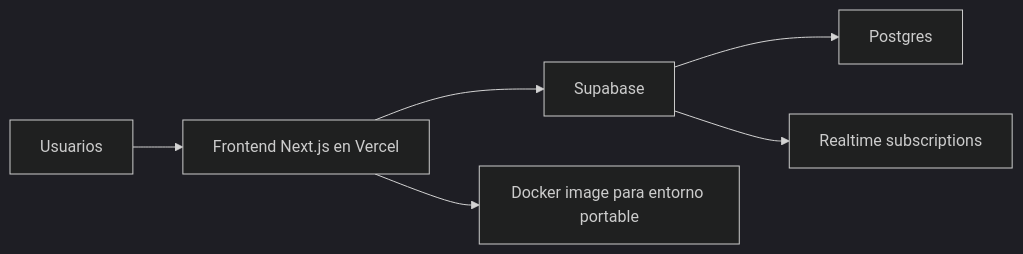
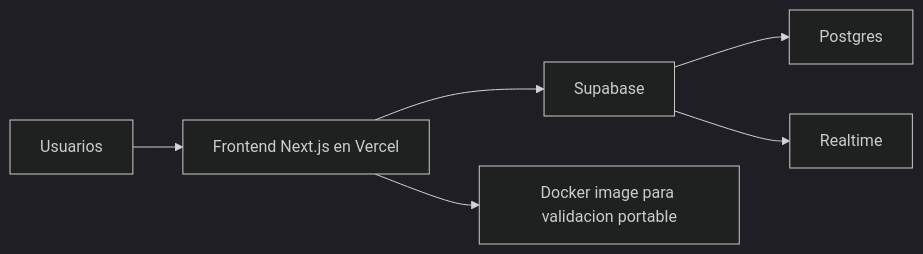
One commit to AlfreMu/appvotarjuegos changed the diagram in README.md. Above: the diagram before and after it, drawn with Mermaid (dark theme). The commit also changed other lines of this file and 1 other file, not shown here.

````diff
--- a/README.md
+++ b/README.md
@@ -35,8 +37,8 @@
 ```mermaid
 flowchart LR
     U["Usuarios"] --> V["Frontend Next.js en Vercel"]
     V --> S["Supabase"]
     S --> DB["Postgres"]
-    S --> RT["Realtime subscriptions"]
-    V --> D["Docker image para entorno portable"]
+    S --> RT["Realtime"]
+    V --> D["Docker image para validacion portable"]
 ```
````
